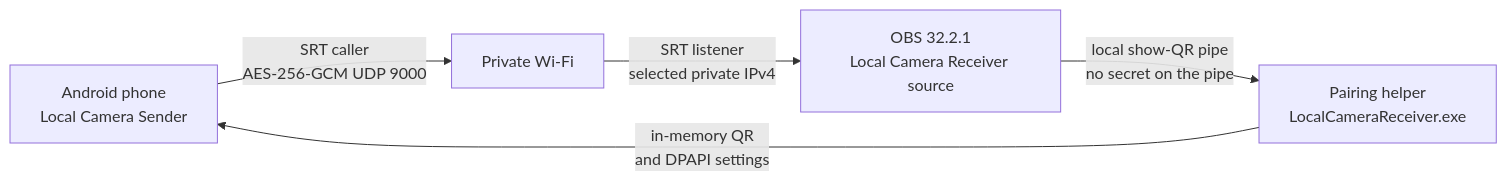
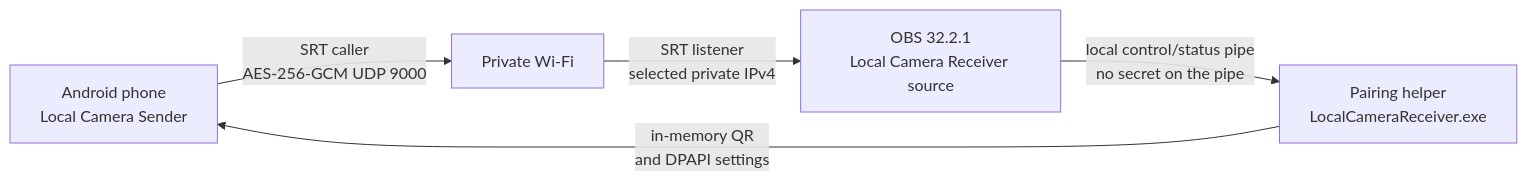
One commit to rithulbm/android2pc-stream changed the first of 5 diagrams in README.md. Above: the diagram before and after it, drawn with Mermaid. The commit also changed other lines of this file and 17 other files, not shown here.

````diff
--- a/README.md
+++ b/README.md
@@ -163,12 +174,12 @@
 ```mermaid
 flowchart LR
   phone["Android phone<br/>Local Camera Sender"]
   wifi["Private Wi-Fi"]
   helper["Pairing helper<br/>LocalCameraReceiver.exe"]
   obs["OBS 32.2.1<br/>Local Camera Receiver source"]
 
   phone -->|"SRT caller<br/>AES-256-GCM UDP 9000"| wifi
   wifi -->|"SRT listener<br/>selected private IPv4"| obs
   helper -->|"in-memory QR<br/>and DPAPI settings"| phone
-  obs -->|"local show-QR pipe<br/>no secret on the pipe"| helper
+  obs -->|"local control/status pipe<br/>no secret on the pipe"| helper
 ```
````
